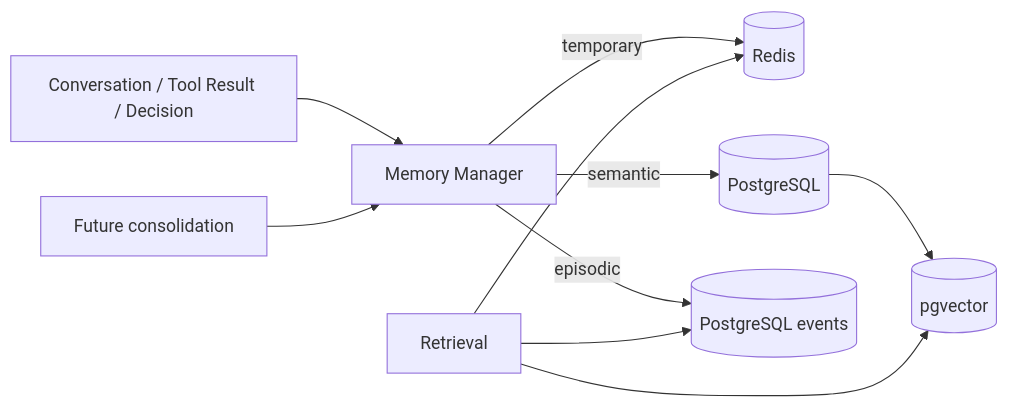
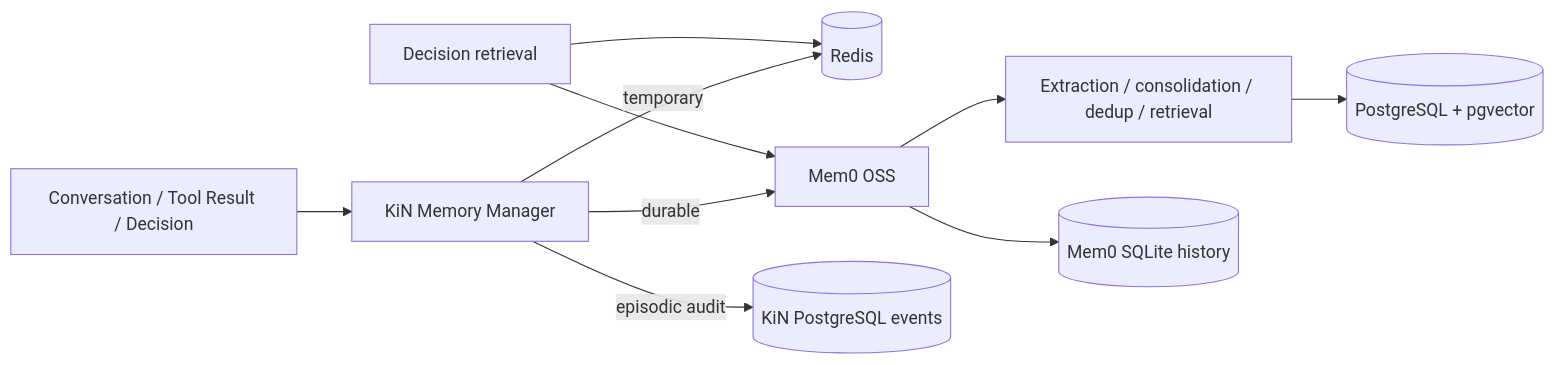
One commit to vaheed/KiN changed the third of 8 diagrams in ARCHITECTURE.md. Above: the diagram before and after it, drawn with Mermaid. The commit also changed other lines of this file, not shown here.

Commit message:
docs(architecture): make Mem0 the durable memory boundary

````diff
--- a/ARCHITECTURE.md
+++ b/ARCHITECTURE.md
@@ -59,12 +60,12 @@
 ```mermaid
 flowchart LR
-    OBS[Conversation / Tool Result / Decision] --> CUR[Memory Manager]
+    OBS[Conversation / Tool Result / Decision] --> CUR[KiN Memory Manager]
     CUR -->|temporary| R[(Redis)]
-    CUR -->|semantic| S[(PostgreSQL)]
-    S --> V[(pgvector)]
-    CUR -->|episodic| E[(PostgreSQL events)]
-    RET[Retrieval] --> R
-    RET --> V
-    RET --> E
-    CONS[Future consolidation] --> CUR
+    CUR -->|durable| M[Mem0 OSS]
+    M --> L[Extraction / consolidation / dedup / retrieval]
+    L --> P[(PostgreSQL + pgvector)]
+    M --> H[(Mem0 SQLite history)]
+    CUR -->|episodic audit| E[(KiN PostgreSQL events)]
+    RET[Decision retrieval] --> R
+    RET --> M
 ```
````
